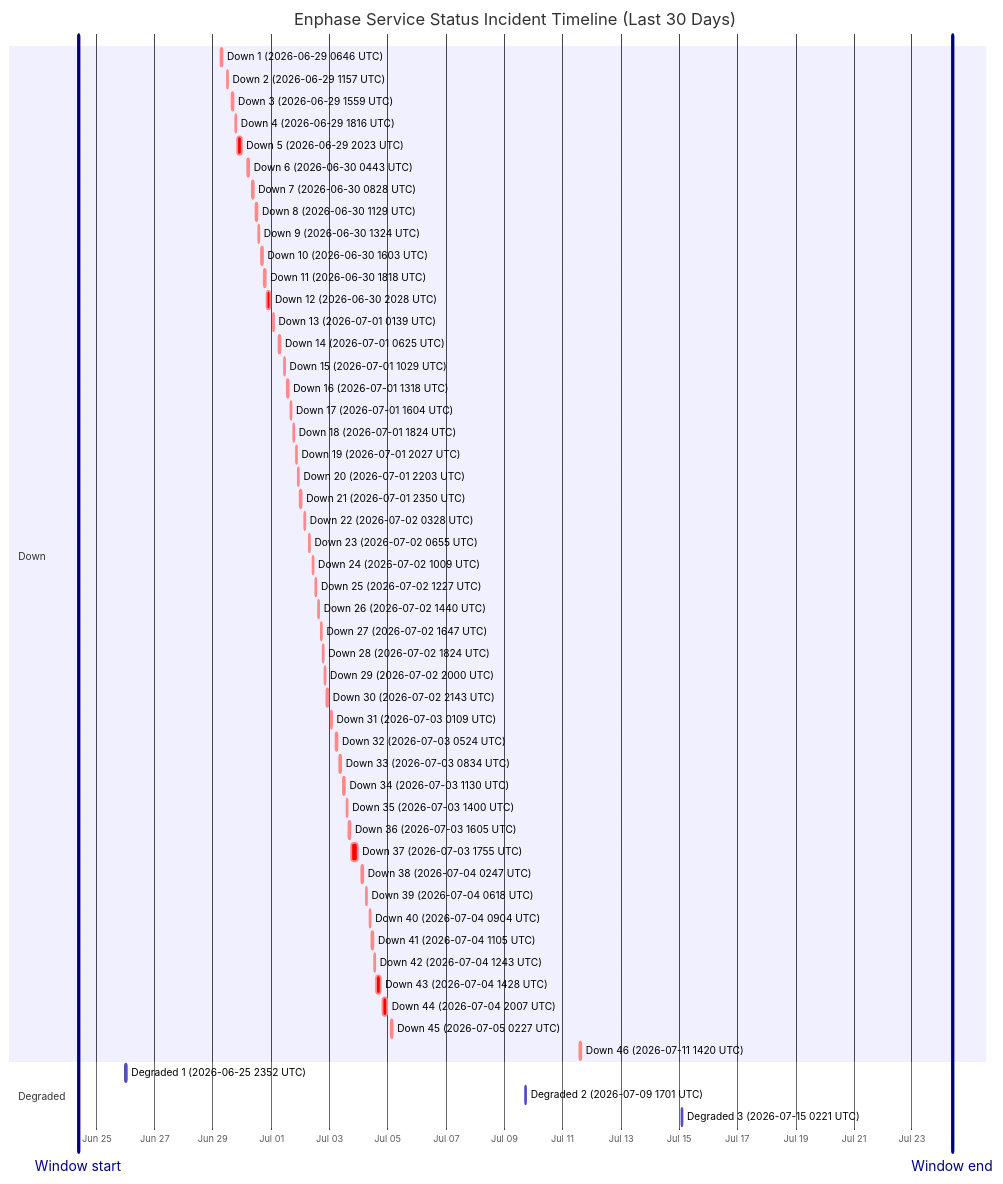
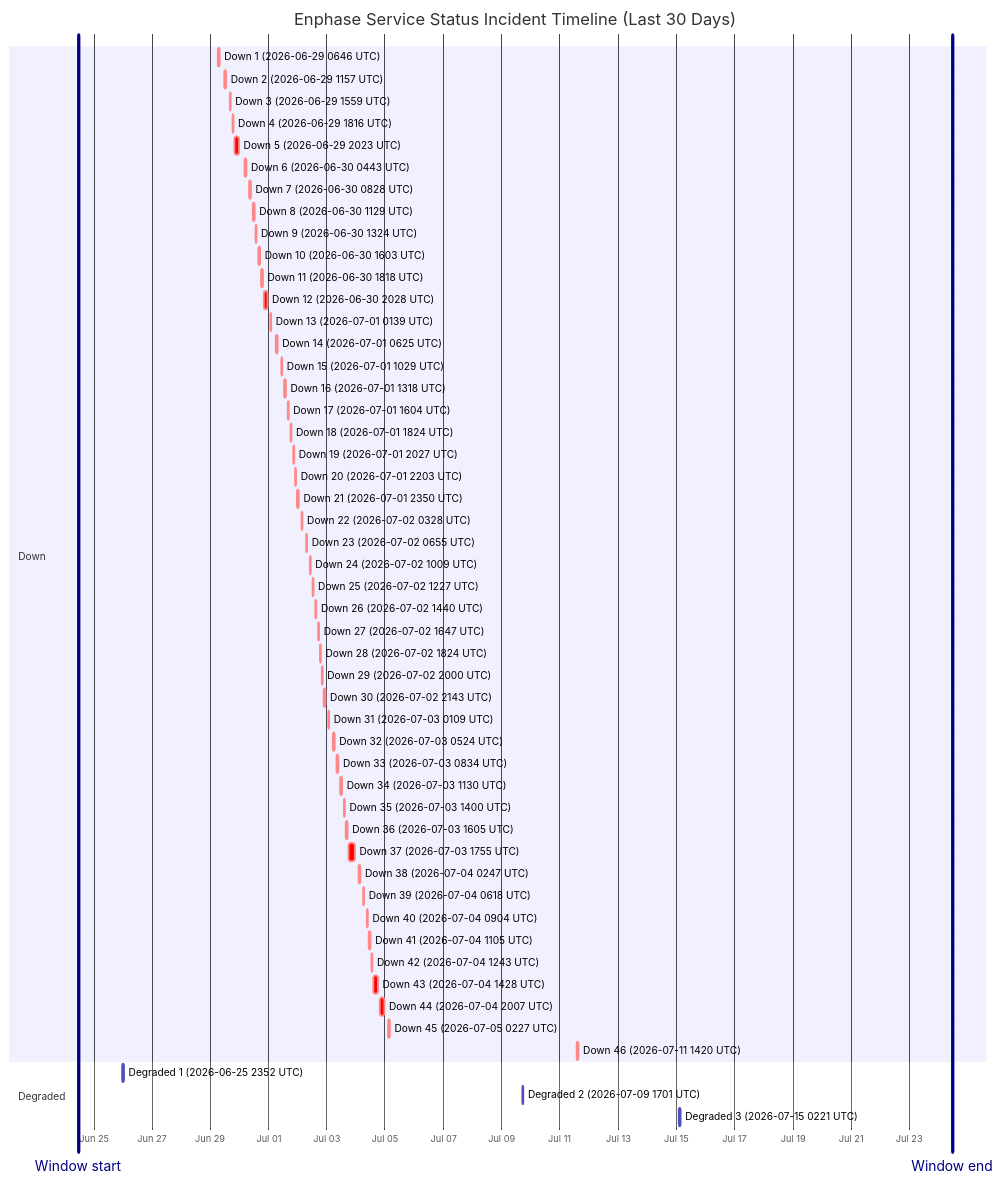
The diagram in wiki/Service-Status-History.md (barneyonline/ha-enphase-energy), drawn with Mermaid before and after one commit. The commit also changed other lines of this file and 3 other files, not shown here.

````diff
--- a/wiki/Service-Status-History.md
+++ b/wiki/Service-Status-History.md
@@ -14,59 +14,59 @@
 ```mermaid
 gantt
     title Enphase Service Status Incident Timeline (Last 30 Days)
     dateFormat  YYYY-MM-DDTHH:mm:ss
     axisFormat  %b %d
-    Window start :vert, window-start, 2026-06-24T09:02:51, 0ms
-    Window end :vert, window-end, 2026-07-24T09:02:51, 0ms
+    Window start :vert, window-start, 2026-06-24T11:16:22, 0ms
+    Window end :vert, window-end, 2026-07-24T11:16:22, 0ms
     section Down
     Down 1 (2026-06-29 0646 UTC) :crit, down-1, 2026-06-29T06:46:18, 60m
     Down 2 (2026-06-29 1157 UTC) :crit, down-2, 2026-06-29T11:57:36, 60m
     Down 3 (2026-06-29 1559 UTC) :crit, down-3, 2026-06-29T15:59:02, 60m
     Down 4 (2026-06-29 1816 UTC) :crit, down-4, 2026-06-29T18:16:38, 60m
     Down 5 (2026-06-29 2023 UTC) :crit, down-5, 2026-06-29T20:23:16, 220m
     Down 6 (2026-06-30 0443 UTC) :crit, down-6, 2026-06-30T04:43:54, 60m
     Down 7 (2026-06-30 0828 UTC) :crit, down-7, 2026-06-30T08:28:43, 60m
     Down 8 (2026-06-30 1129 UTC) :crit, down-8, 2026-06-30T11:29:15, 60m
     Down 9 (2026-06-30 1324 UTC) :crit, down-9, 2026-06-30T13:24:25, 60m
     Down 10 (2026-06-30 1603 UTC) :crit, down-10, 2026-06-30T16:03:26, 60m
     Down 11 (2026-06-30 1818 UTC) :crit, down-11, 2026-06-30T18:18:39, 60m
     Down 12 (2026-06-30 2028 UTC) :crit, down-12, 2026-06-30T20:28:54, 171m
     Down 13 (2026-07-01 0139 UTC) :crit, down-13, 2026-07-01T01:39:18, 60m
     Down 14 (2026-07-01 0625 UTC) :crit, down-14, 2026-07-01T06:25:35, 60m
     Down 15 (2026-07-01 1029 UTC) :crit, down-15, 2026-07-01T10:29:24, 60m
     Down 16 (2026-07-01 1318 UTC) :crit, down-16, 2026-07-01T13:18:31, 60m
     Down 17 (2026-07-01 1604 UTC) :crit, down-17, 2026-07-01T16:04:29, 60m
     Down 18 (2026-07-01 1824 UTC) :crit, down-18, 2026-07-01T18:24:21, 60m
     Down 19 (2026-07-01 2027 UTC) :crit, down-19, 2026-07-01T20:27:17, 60m
     Down 20 (2026-07-01 2203 UTC) :crit, down-20, 2026-07-01T22:03:46, 60m
     Down 21 (2026-07-01 2350 UTC) :crit, down-21, 2026-07-01T23:50:52, 60m
     Down 22 (2026-07-02 0328 UTC) :crit, down-22, 2026-07-02T03:28:33, 60m
     Down 23 (2026-07-02 0655 UTC) :crit, down-23, 2026-07-02T06:55:07, 60m
     Down 24 (2026-07-02 1009 UTC) :crit, down-24, 2026-07-02T10:09:15, 60m
     Down 25 (2026-07-02 1227 UTC) :crit, down-25, 2026-07-02T12:27:49, 60m
     Down 26 (2026-07-02 1440 UTC) :crit, down-26, 2026-07-02T14:40:53, 60m
     Down 27 (2026-07-02 1647 UTC) :crit, down-27, 2026-07-02T16:47:47, 60m
     Down 28 (2026-07-02 1824 UTC) :crit, down-28, 2026-07-02T18:24:26, 60m
     Down 29 (2026-07-02 2000 UTC) :crit, down-29, 2026-07-02T20:00:57, 60m
     Down 30 (2026-07-02 2143 UTC) :crit, down-30, 2026-07-02T21:43:52, 80m
     Down 31 (2026-07-03 0109 UTC) :crit, down-31, 2026-07-03T01:09:19, 60m
     Down 32 (2026-07-03 0524 UTC) :crit, down-32, 2026-07-03T05:24:23, 60m
     Down 33 (2026-07-03 0834 UTC) :crit, down-33, 2026-07-03T08:34:05, 60m
     Down 34 (2026-07-03 1130 UTC) :crit, down-34, 2026-07-03T11:30:41, 60m
     Down 35 (2026-07-03 1400 UTC) :crit, down-35, 2026-07-03T14:00:48, 60m
     Down 36 (2026-07-03 1605 UTC) :crit, down-36, 2026-07-03T16:05:49, 60m
     Down 37 (2026-07-03 1755 UTC) :crit, down-37, 2026-07-03T17:55:54, 338m
     Down 38 (2026-07-04 0247 UTC) :crit, down-38, 2026-07-04T02:47:22, 60m
     Down 39 (2026-07-04 0618 UTC) :crit, down-39, 2026-07-04T06:18:09, 60m
     Down 40 (2026-07-04 0904 UTC) :crit, down-40, 2026-07-04T09:04:41, 60m
     Down 41 (2026-07-04 1105 UTC) :crit, down-41, 2026-07-04T11:05:21, 60m
     Down 42 (2026-07-04 1243 UTC) :crit, down-42, 2026-07-04T12:43:25, 60m
     Down 43 (2026-07-04 1428 UTC) :crit, down-43, 2026-07-04T14:28:07, 243m
     Down 44 (2026-07-04 2007 UTC) :crit, down-44, 2026-07-04T20:07:50, 206m
     Down 45 (2026-07-05 0227 UTC) :crit, down-45, 2026-07-05T02:27:32, 109m
     Down 46 (2026-07-11 1420 UTC) :crit, down-46, 2026-07-11T14:20:54, 69m
     section Degraded
     Degraded 1 (2026-06-25 2352 UTC) :active, degraded-1, 2026-06-25T23:52:01, 60m
     Degraded 2 (2026-07-09 1701 UTC) :active, degraded-2, 2026-07-09T17:01:02, 60m
     Degraded 3 (2026-07-15 0221 UTC) :active, degraded-3, 2026-07-15T02:21:35, 60m
 ```
````
